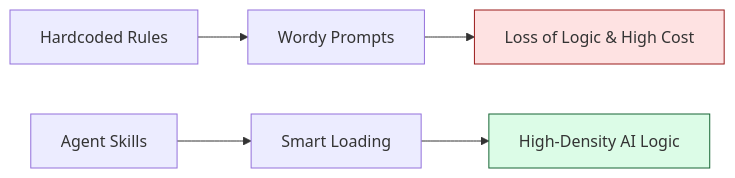
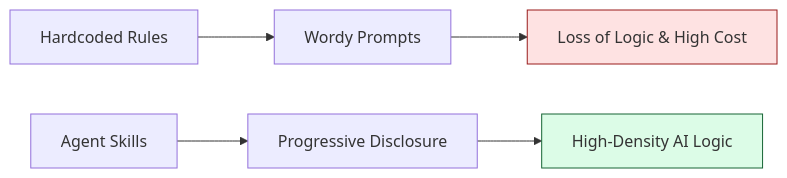
One commit to HoangNguyen0403/agent-skills-standard changed the diagram in README.md. Above: the diagram before and after it, drawn with Mermaid. The commit also changed other lines of this file and 56 other files, not shown here.

````diff
--- a/README.md
+++ b/README.md
@@ -41,11 +41,11 @@
 ```mermaid
 graph LR
     A[Hardcoded Rules] --> B[Wordy Prompts]
     B --> C[Loss of Logic & High Cost]
 
-    D[Agent Skills] --> E[Smart Loading]
+    D[Agent Skills] --> E[Progressive Disclosure]
     E --> F[High-Density AI Logic]
 
     style F fill:#dcfce7,stroke:#166534
     style C fill:#fee2e2,stroke:#991b1b
 ```
````
